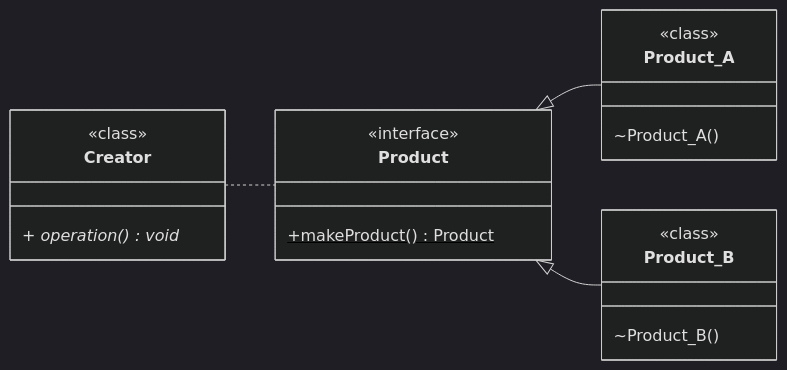
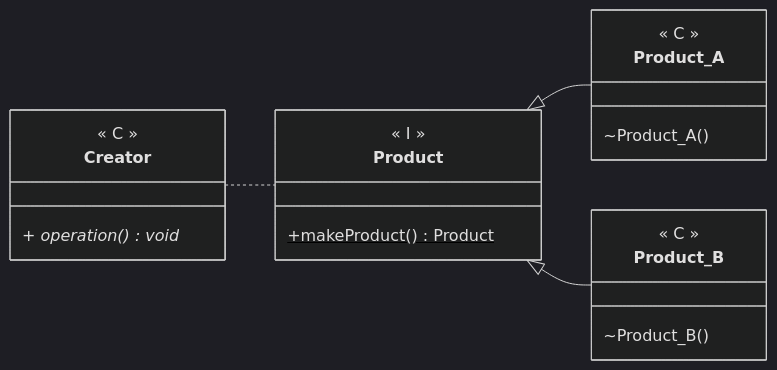
The second of 3 diagrams in Programming/Patterns/data/Factory.md (angelromarco04/MyNotes), drawn with Mermaid (dark theme) before and after one commit. The commit also changed other lines of this file, not shown here.

````diff
--- a/Programming/Patterns/data/Factory.md
+++ b/Programming/Patterns/data/Factory.md
@@ -125,28 +125,28 @@
 ```mermaid
 classDiagram
 direction LR
 
 Creator .. Product
 Product <|-- Product_A
 Product <|-- Product_B
 
 class Product {
-	<<interface>>
+	<< I >>
 	+makeProduct() Product$
 }
 
 class Product_A {
-	<<class>>
+	<< C >>
 	~Product_A()
 }
 
 class Product_B {
-	<<class>>
+	<< C >>
 	~Product_B()
 }
 
 class Creator {
-	<<class>>
+	<< C >>
 	+ operation() void*
 }
 ```
````
